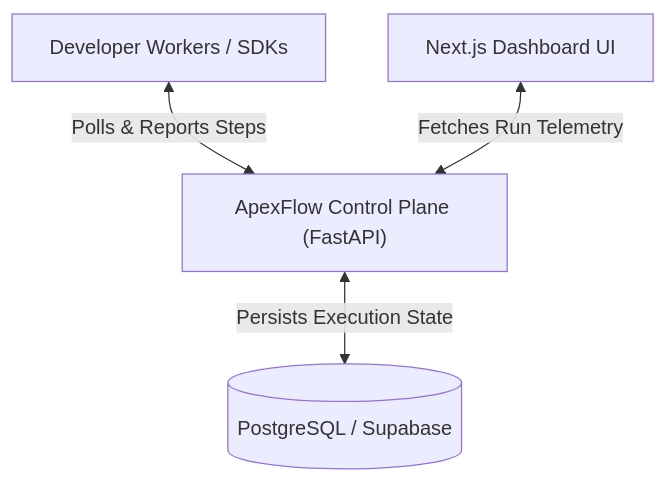
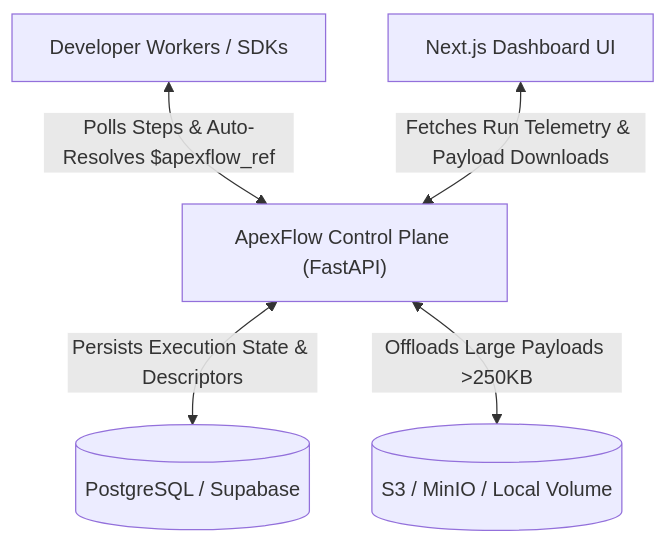
Before and after one commit to jarifulovi/apex-flow: the diagram in README.md, drawn with Mermaid. The commit also changed other lines of this file and 27 other files, not shown here.

Commit message:
feat: add large payload offloading and storage support for backend and python sdk

````diff
--- a/README.md
+++ b/README.md
@@ -32,6 +33,7 @@
 ```mermaid
 graph TD
-    A["Developer Workers / SDKs"] <-->|Polls & Reports Steps| B["ApexFlow Control Plane (FastAPI)"]
-    B <-->|Persists Execution State| C[("PostgreSQL / Supabase")]
-    D["Next.js Dashboard UI"] <-->|Fetches Run Telemetry| B
+    A["Developer Workers / SDKs"] <-->|Polls Steps & Auto-Resolves $apexflow_ref| B["ApexFlow Control Plane (FastAPI)"]
+    B <-->|Persists Execution State & Descriptors| C[("PostgreSQL / Supabase")]
+    B <-->|Offloads Large Payloads >250KB| E[("S3 / MinIO / Local Volume")]
+    D["Next.js Dashboard UI"] <-->|Fetches Run Telemetry & Payload Downloads| B
 ```
````
